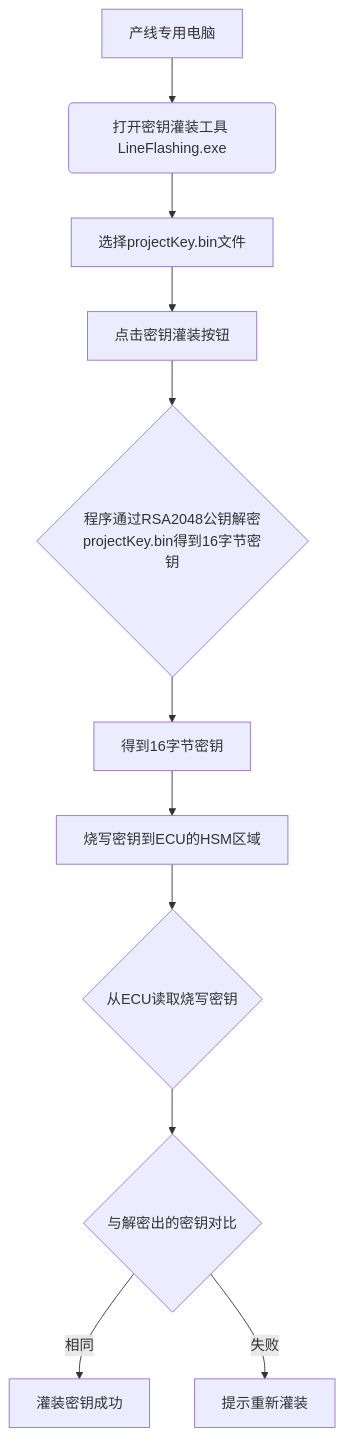
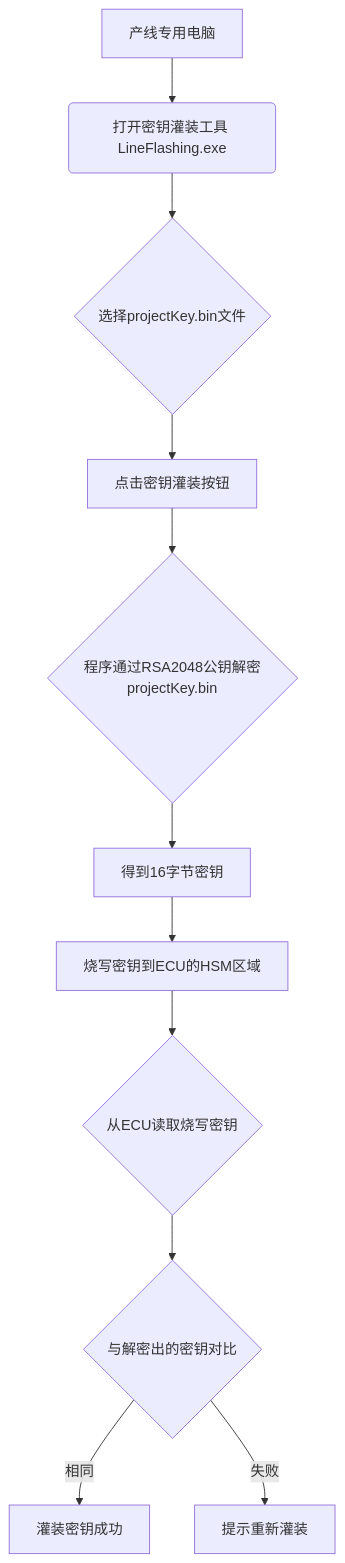
Before and after one commit to facebook-cloud/iodraw-files: the diagram in all/未命名-4.md, drawn with Mermaid.

Commit message:
2026-01-05 17:19:03 update

````diff
--- a/all/未命名-4.md
+++ b/all/未命名-4.md
@@ -1,14 +1,14 @@
 ```mermaid
 graph TD
     A[产线专用电脑] --> B(打开密钥灌装工具 LineFlashing.exe);
-    B --> C[选择projectKey.bin文件];
+    B --> C{选择projectKey.bin文件};
     C --> D[点击密钥灌装按钮];
-    D --> E{程序通过RSA2048公钥解密projectKey.bin得到16字节密钥};
+    D --> E{程序通过RSA2048公钥解密projectKey.bin};
     E --> F[得到16字节密钥];
     F --> G[烧写密钥到ECU的HSM区域];
     G --> H{从ECU读取烧写密钥};
     H --> I{与解密出的密钥对比};
     I -- 相同 --> J[灌装密钥成功];
     I -- 失败 --> K[提示重新灌装];
 
 ```
````
